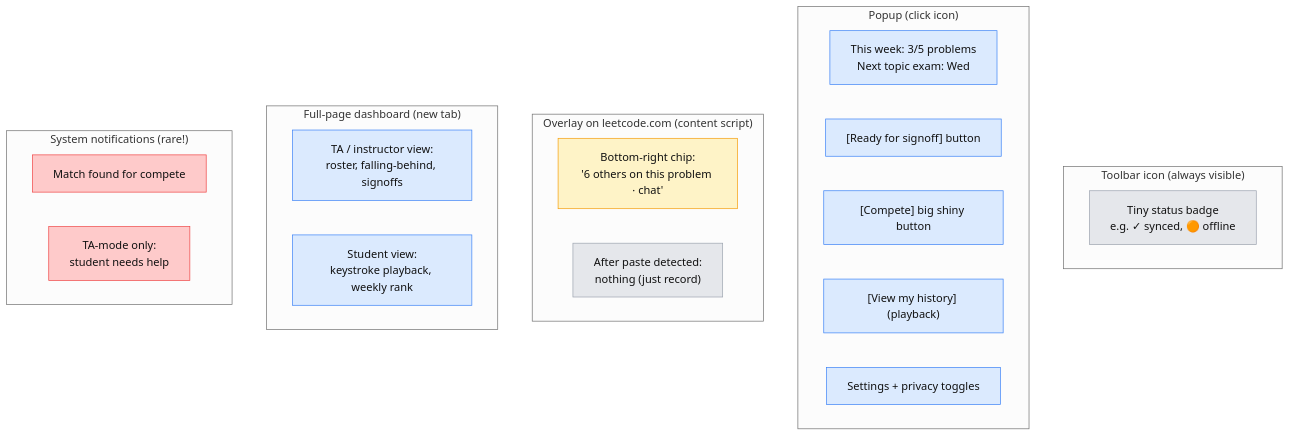
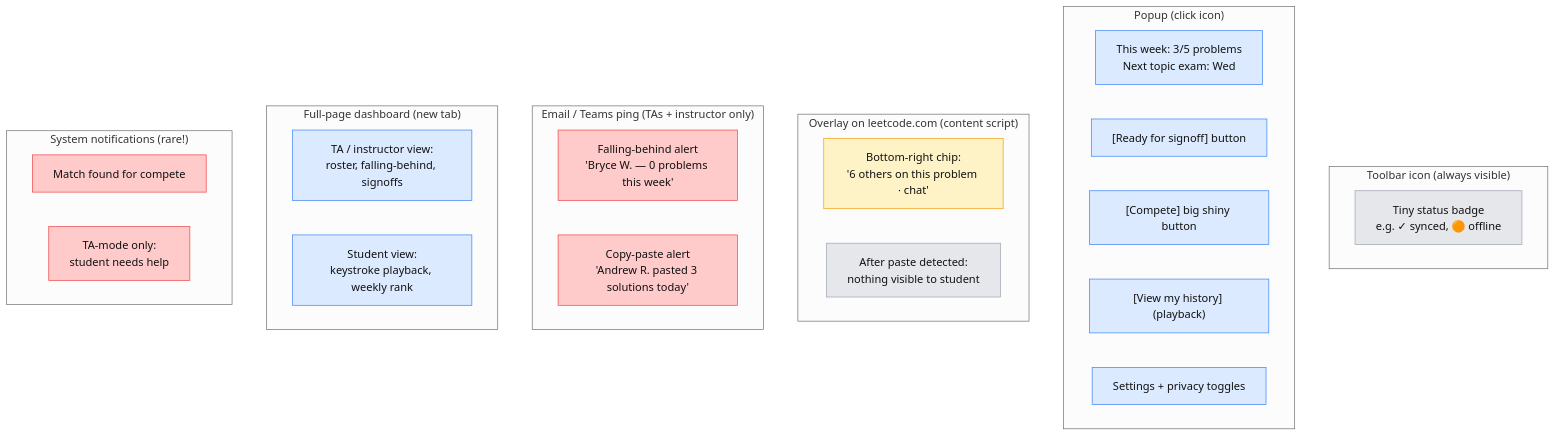
One commit to byu-cs-393/extension changed the diagram in notes/ux-5-11-2026.md. Above: the diagram before and after it, drawn with Mermaid (neutral theme). The commit also changed other lines of this file, not shown here.

First line of the commit message:
Resolve copy-paste UX: silent for student, email/Teams alert for TAs

````diff
--- a/notes/ux-5-11-2026.md
+++ b/notes/ux-5-11-2026.md
@@ -33,34 +33,39 @@
 ```mermaid
 flowchart TB
     classDef silent fill:#e5e7eb,color:#111,stroke:#9ca3af
     classDef ondemand fill:#dbeafe,color:#111,stroke:#3b82f6
     classDef contextual fill:#fef3c7,color:#111,stroke:#f59e0b
     classDef intrusive fill:#fecaca,color:#111,stroke:#ef4444
 
     subgraph Toolbar["Toolbar icon (always visible)"]
         T1["Tiny status badge<br/>e.g. ✓ synced, 🟠 offline"]:::silent
     end
 
     subgraph Popup["Popup (click icon)"]
         P1["This week: 3/5 problems<br/>Next topic exam: Wed"]:::ondemand
         P2["[Ready for signoff] button"]:::ondemand
         P3["[Compete] big shiny button"]:::ondemand
         P4["[View my history] (playback)"]:::ondemand
         P5["Settings + privacy toggles"]:::ondemand
     end
 
     subgraph LCPage["Overlay on leetcode.com (content script)"]
         L1["Bottom-right chip:<br/>'6 others on this problem · chat'"]:::contextual
-        L2["After paste detected:<br/>nothing (just record)"]:::silent
+        L2["After paste detected:<br/>nothing visible to student"]:::silent
+    end
+
+    subgraph Email["Email / Teams ping (TAs + instructor only)"]
+        E1["Falling-behind alert<br/>'Bryce W. — 0 problems this week'"]:::intrusive
+        E2["Copy-paste alert<br/>'Andrew R. pasted 3 solutions today'"]:::intrusive
     end
 
     subgraph Dashboard["Full-page dashboard (new tab)"]
         D1["TA / instructor view:<br/>roster, falling-behind, signoffs"]:::ondemand
         D2["Student view:<br/>keystroke playback, weekly rank"]:::ondemand
     end
 
     subgraph Notifications["System notifications (rare!)"]
         N1["Match found for compete"]:::intrusive
         N2["TA-mode only:<br/>student needs help"]:::intrusive
     end
 ```
````
